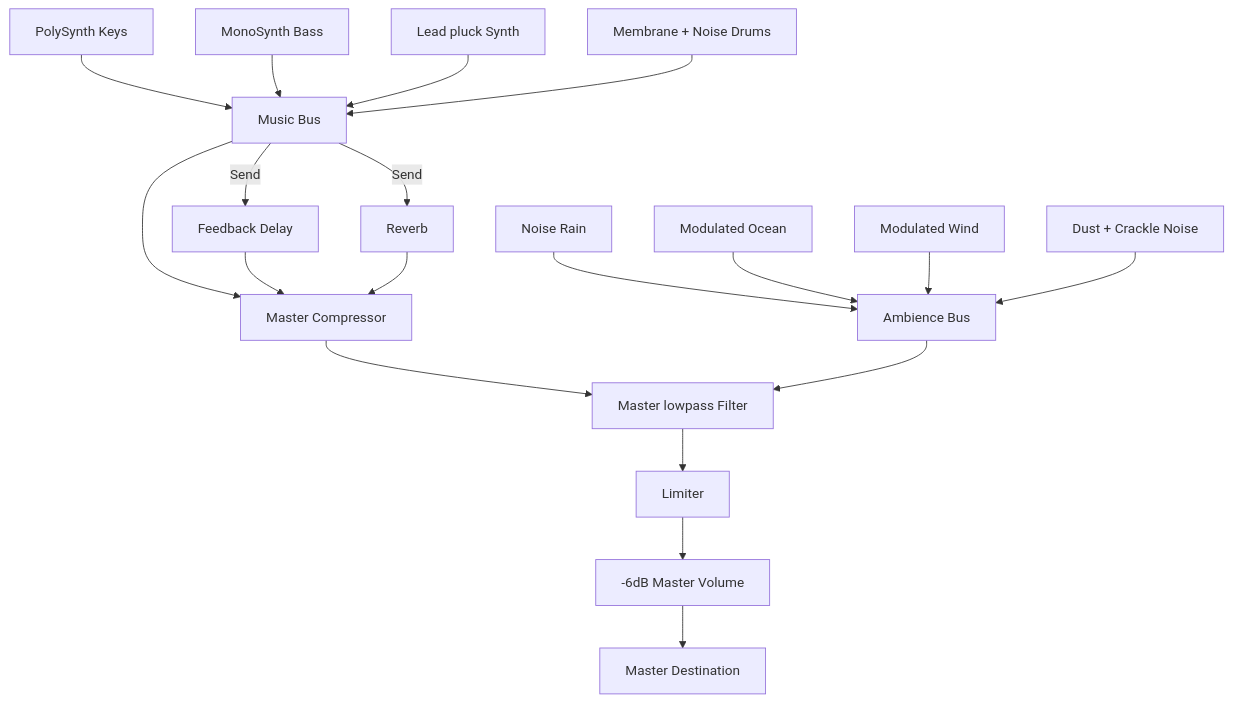
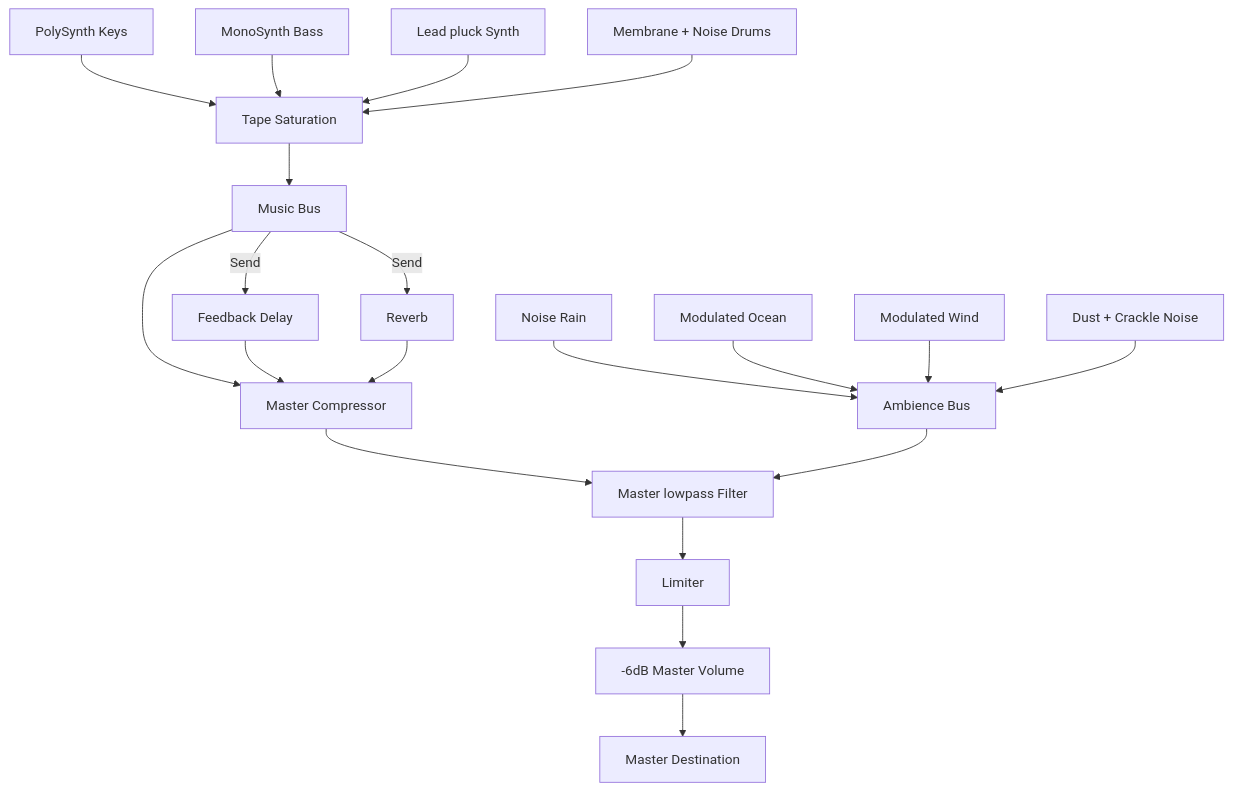
Before and after one commit to Shik3i/KoalaFi: the diagram in docs/AUDIO_ENGINE.md, drawn with Mermaid. The commit also changed other lines of this file and 21 other files, not shown here.

````diff
--- a/docs/AUDIO_ENGINE.md
+++ b/docs/AUDIO_ENGINE.md
@@ -7,27 +7,29 @@
 ```mermaid
 graph TD
-  Chords[PolySynth Keys] --> MusicBus[Music Bus]
-  Bass[MonoSynth Bass] --> MusicBus
-  Melody[Lead pluck Synth] --> MusicBus
+  Chords[PolySynth Keys] --> Saturation[Tape Saturation]
+  Bass[MonoSynth Bass] --> Saturation
+  Melody[Lead pluck Synth] --> Saturation
 
-  Drums[Membrane + Noise Drums] --> MusicBus
+  Drums[Membrane + Noise Drums] --> Saturation
+
+  Saturation --> MusicBus[Music Bus]
 
   MusicBus -->|Send| Delay[Feedback Delay]
   MusicBus -->|Send| Reverb[Reverb]
   MusicBus --> MasterComp[Master Compressor]
 
   Delay --> MasterComp
   Reverb --> MasterComp
 
   Rain[Noise Rain] --> AmbBus[Ambience Bus]
   Ocean[Modulated Ocean] --> AmbBus
   Wind[Modulated Wind] --> AmbBus
   Vinyl[Dust + Crackle Noise] --> AmbBus
 
   MasterComp --> MasterFilter[Master lowpass Filter]
   AmbBus --> MasterFilter
 
   MasterFilter --> Limiter[Limiter]
   Limiter --> MainVolume[-6dB Master Volume]
   MainVolume --> Output[Master Destination]
 ```
````
